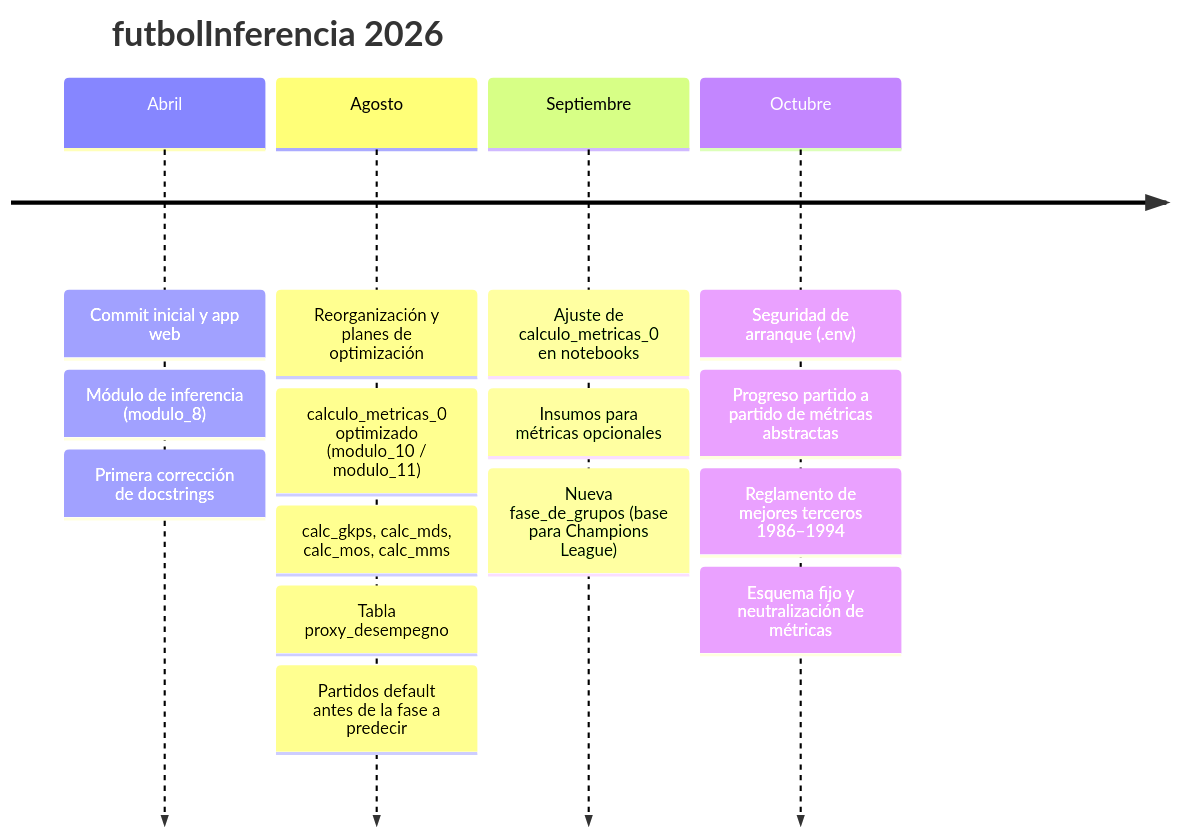
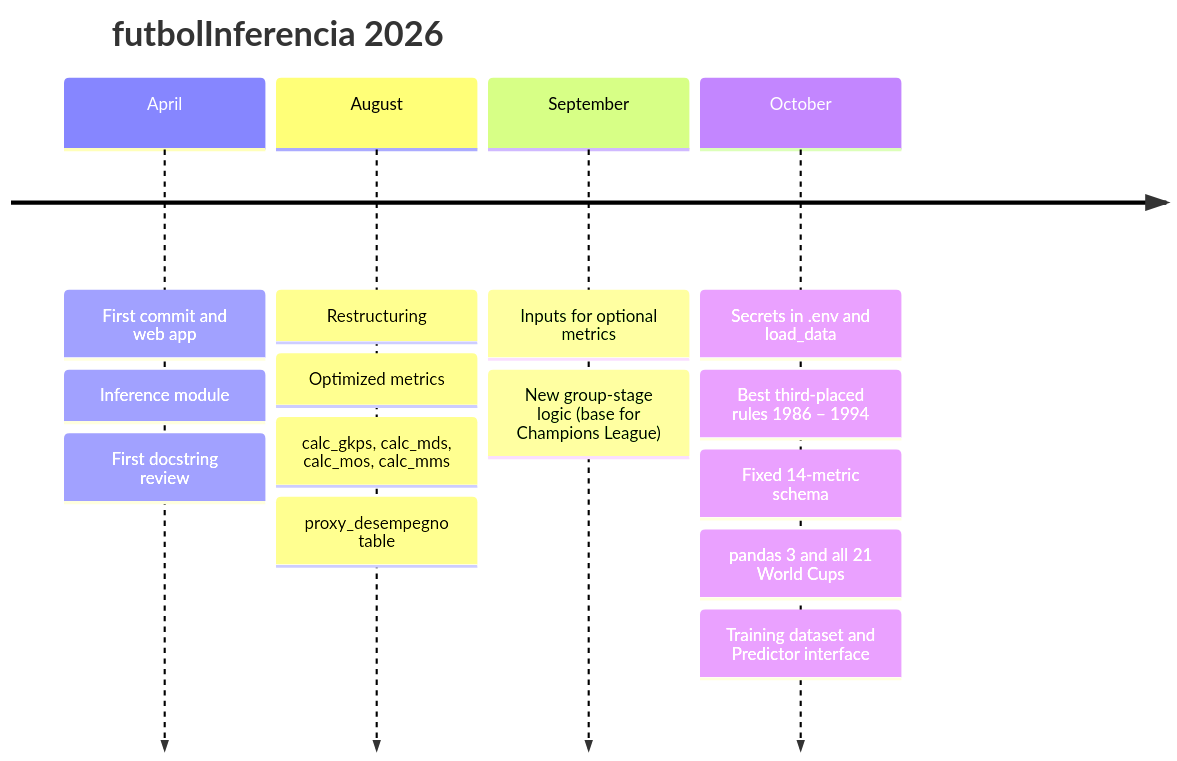
Before and after one commit to Kozuki-4i-9/futbolInferencia: the third of 3 diagrams in README.md, drawn with Mermaid. The commit also changed other lines of this file, not shown here.

````diff
--- a/README.md
+++ b/README.md
@@ -136,8 +236,8 @@
 ```mermaid
 timeline
     title futbolInferencia 2026
-    Abril : Commit inicial y app web : Módulo de inferencia (modulo_8) : Primera corrección de docstrings
-    Agosto : Reorganización y planes de optimización : calculo_metricas_0 optimizado (modulo_10 / modulo_11) : calc_gkps, calc_mds, calc_mos, calc_mms : Tabla proxy_desempegno : Partidos default antes de la fase a predecir
-    Septiembre : Ajuste de calculo_metricas_0 en notebooks : Insumos para métricas opcionales : Nueva fase_de_grupos (base para Champions League)
-    Octubre : Seguridad de arranque (.env) : Progreso partido a partido de métricas abstractas : Reglamento de mejores terceros 1986–1994 : Esquema fijo y neutralización de métricas
+    April : First commit and web app : Inference module : First docstring review
+    August : Restructuring : Optimized metrics : calc_gkps, calc_mds, calc_mos, calc_mms : proxy_desempegno table
+    September : Inputs for optional metrics : New group-stage logic (base for Champions League)
+    October : Secrets in .env and load_data : Best third-placed rules 1986 – 1994 : Fixed 14-metric schema : pandas 3 and all 21 World Cups : Training dataset and Predictor interface
 ```
````
